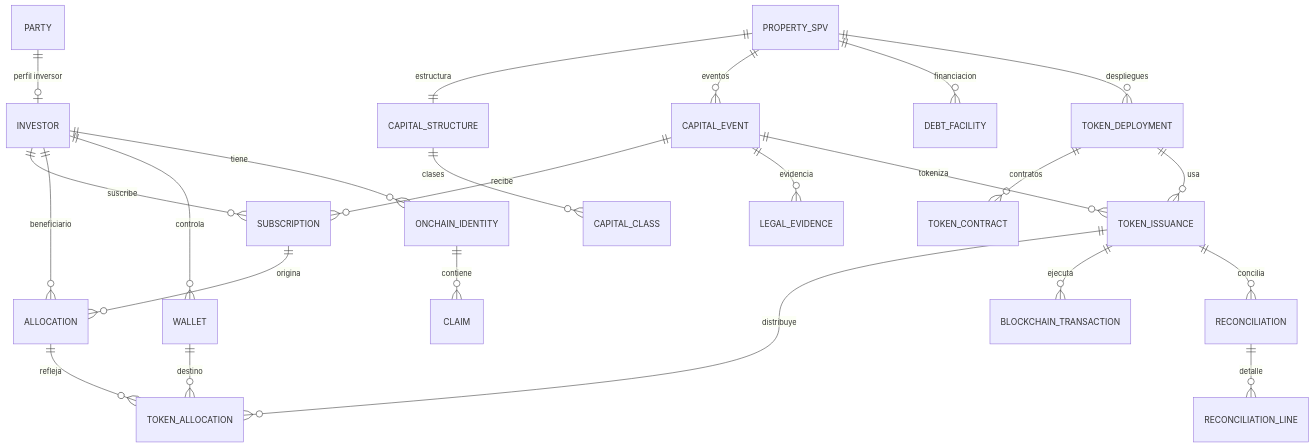
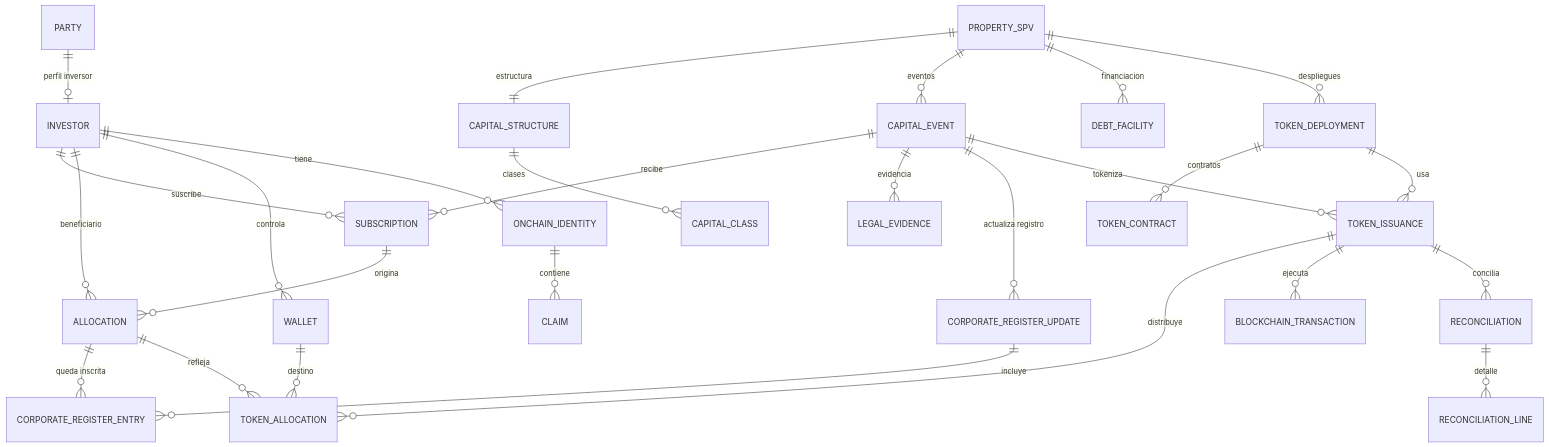
One commit to jps80/RETP-AssetTokenization changed the diagram in docs/02-specifications/data-model-v0.3.md. Above: the diagram before and after it, drawn with Mermaid. The commit also changed other lines of this file, not shown here.

Commit message:
docs: model shareholder register entries per allocation

````diff
--- a/docs/02-specifications/data-model-v0.3.md
+++ b/docs/02-specifications/data-model-v0.3.md
@@ -43,26 +43,29 @@
 ```mermaid
 erDiagram
   PARTY ||--o| INVESTOR : "perfil inversor"
   PROPERTY_SPV ||--|| CAPITAL_STRUCTURE : "estructura"
   PROPERTY_SPV ||--o{ CAPITAL_EVENT : "eventos"
   PROPERTY_SPV ||--o{ DEBT_FACILITY : "financiacion"
   CAPITAL_STRUCTURE ||--o{ CAPITAL_CLASS : "clases"
   CAPITAL_EVENT ||--o{ SUBSCRIPTION : "recibe"
   INVESTOR ||--o{ SUBSCRIPTION : "suscribe"
   SUBSCRIPTION ||--o{ ALLOCATION : "origina"
   INVESTOR ||--o{ ALLOCATION : "beneficiario"
   CAPITAL_EVENT ||--o{ LEGAL_EVIDENCE : "evidencia"
+  CAPITAL_EVENT ||--o{ CORPORATE_REGISTER_UPDATE : "actualiza registro"
+  CORPORATE_REGISTER_UPDATE ||--o{ CORPORATE_REGISTER_ENTRY : "incluye"
+  ALLOCATION ||--o{ CORPORATE_REGISTER_ENTRY : "queda inscrita"
   INVESTOR ||--o{ WALLET : "controla"
   INVESTOR ||--o{ ONCHAIN_IDENTITY : "tiene"
   ONCHAIN_IDENTITY ||--o{ CLAIM : "contiene"
   PROPERTY_SPV ||--o{ TOKEN_DEPLOYMENT : "despliegues"
   TOKEN_DEPLOYMENT ||--o{ TOKEN_CONTRACT : "contratos"
   CAPITAL_EVENT ||--o{ TOKEN_ISSUANCE : "tokeniza"
   TOKEN_DEPLOYMENT ||--o{ TOKEN_ISSUANCE : "usa"
   TOKEN_ISSUANCE ||--o{ TOKEN_ALLOCATION : "distribuye"
   ALLOCATION ||--o{ TOKEN_ALLOCATION : "refleja"
   WALLET ||--o{ TOKEN_ALLOCATION : "destino"
   TOKEN_ISSUANCE ||--o{ BLOCKCHAIN_TRANSACTION : "ejecuta"
   TOKEN_ISSUANCE ||--o{ RECONCILIATION : "concilia"
   RECONCILIATION ||--o{ RECONCILIATION_LINE : "detalle"
 ```
````
